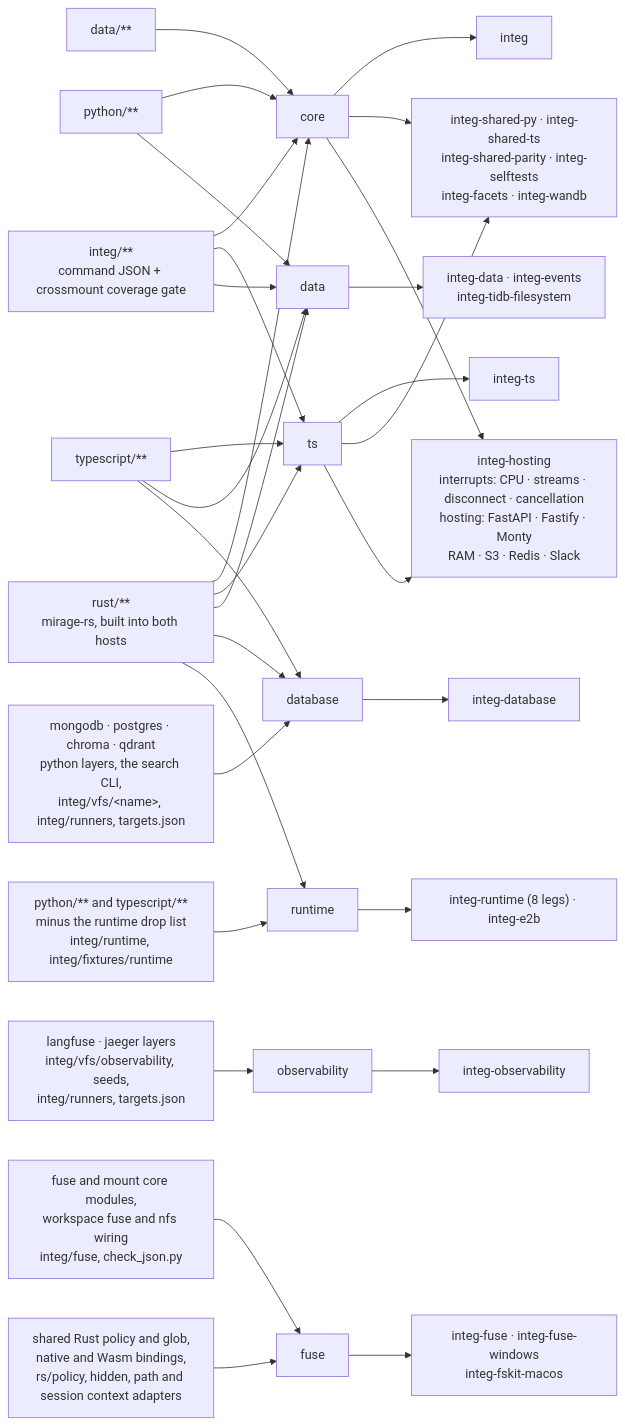
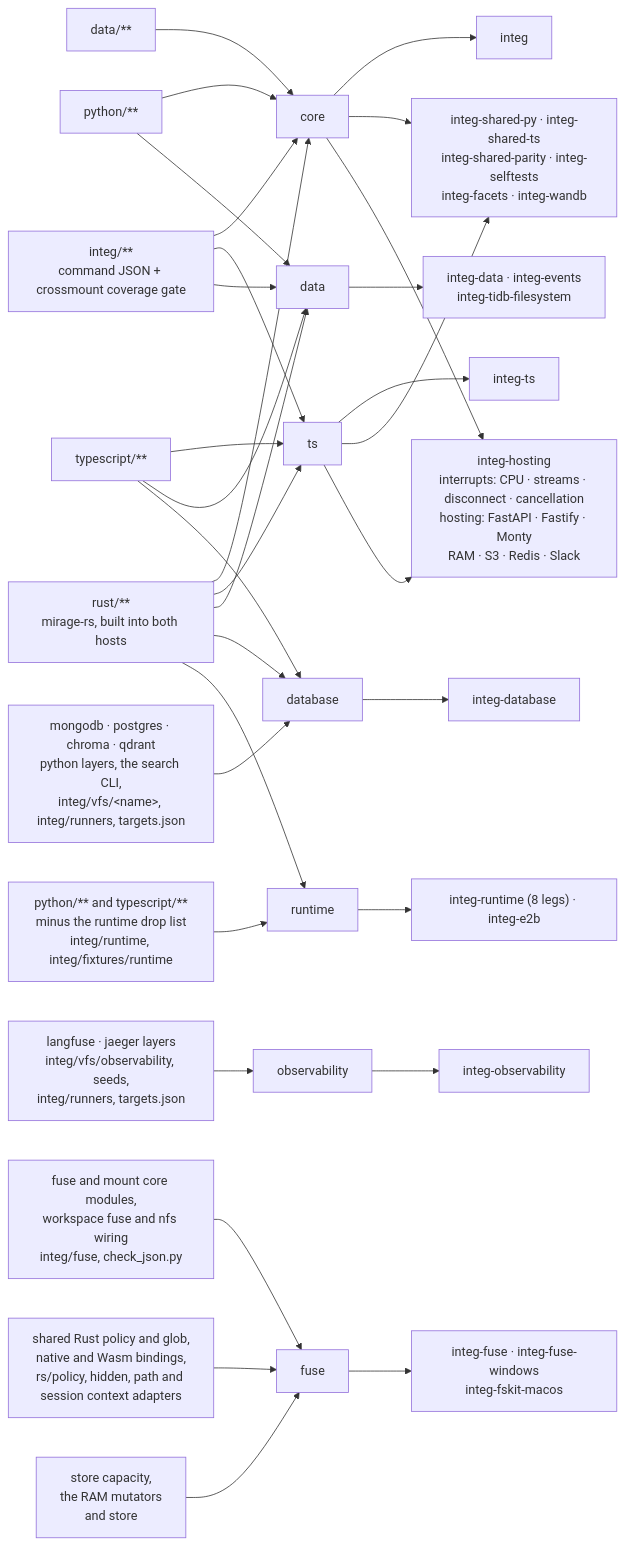
The diagram in integ/README.md (strukto-ai/mirage), drawn with Mermaid before and after one commit. The commit also changed other lines of this file and 173 other files, not shown here.

First line of the commit message:
feat(capacity): cap the bytes a RAM, disk, Redis or OPFS store holds

````diff
--- a/integ/README.md
+++ b/integ/README.md
@@ -244,22 +244,23 @@
 ```mermaid
 flowchart LR
     PY["python/**"] --> core & data
     TSX["typescript/**"] --> ts & data & database
     IN["integ/**<br/>command JSON + crossmount coverage gate"] --> core & ts & data
     D["data/**"] --> core
     RS["rust/**<br/>mirage-rs, built into both hosts"] --> core & ts & data & database & runtime
     DB["mongodb · postgres · chroma · qdrant<br/>python layers, the search CLI,<br/>integ/vfs/&lt;name&gt;, integ/runners, targets.json"] --> database
     OB["langfuse · jaeger layers<br/>integ/vfs/observability, seeds,<br/>integ/runners, targets.json"] --> observability
     FS["fuse and mount core modules,<br/>workspace fuse and nfs wiring<br/>integ/fuse, check_json.py"] --> fuse
     FP["shared Rust policy and glob,<br/>native and Wasm bindings,<br/>rs/policy, hidden, path and session context adapters"] --> fuse
+    CA["store capacity,<br/>the RAM mutators<br/>and store"] --> fuse
     RT["python/** and typescript/**<br/>minus the runtime drop list<br/>integ/runtime, integ/fixtures/runtime"] --> runtime
     core --> J1["integ"]
     ts --> J2["integ-ts"]
     core & ts --> J3["integ-shared-py · integ-shared-ts<br/>integ-shared-parity · integ-selftests<br/>integ-facets · integ-wandb"]
     core & ts --> HOST["integ-hosting<br/>interrupts: CPU · streams · disconnect · cancellation<br/>hosting: FastAPI · Fastify · Monty<br/>RAM · S3 · Redis · Slack"]
     data --> J4["integ-data · integ-events<br/>integ-tidb-filesystem"]
     database --> J5["integ-database"]
     observability --> J6["integ-observability"]
     fuse --> J7["integ-fuse · integ-fuse-windows<br/>integ-fskit-macos"]
     runtime --> J8["integ-runtime (8 legs) · integ-e2b"]
 ```
````
